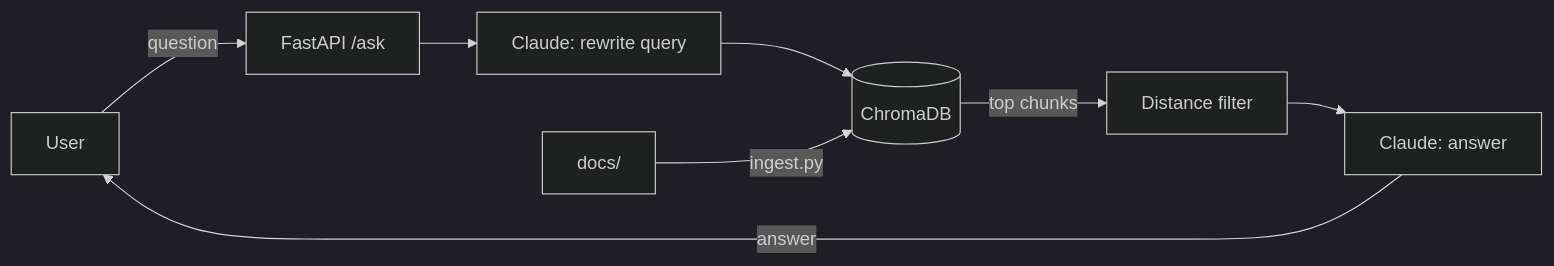
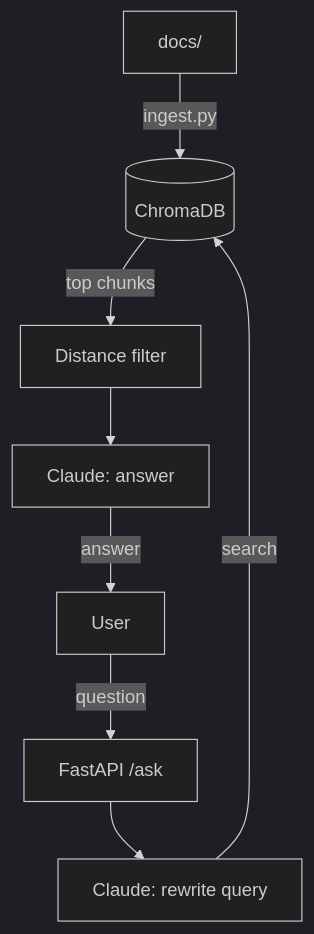
One commit to ranjeetsharma-dev/rag-bot changed the diagram in README.md. Above: the diagram before and after it, drawn with Mermaid (dark theme).

Commit message:
Cleaner diagram

````diff
--- a/README.md
+++ b/README.md
@@ -19,10 +19,10 @@
 ```mermaid
-flowchart LR
+flowchart TD
+    D[docs/] -->|ingest.py| DB[(ChromaDB)]
     U[User] -->|question| API[FastAPI /ask]
     API --> RW[Claude: rewrite query]
-    RW --> DB[(ChromaDB)]
+    RW -->|search| DB
     DB -->|top chunks| F[Distance filter]
     F --> ANS[Claude: answer]
     ANS -->|answer| U
-    D[docs/] -->|ingest.py| DB
 ```
````
